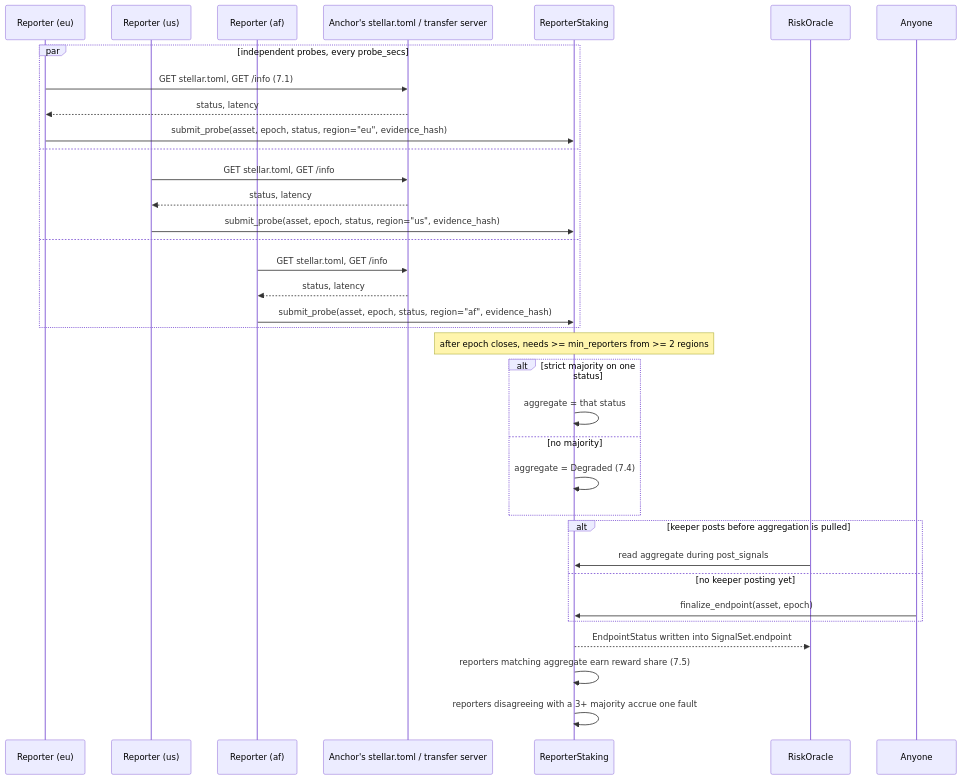
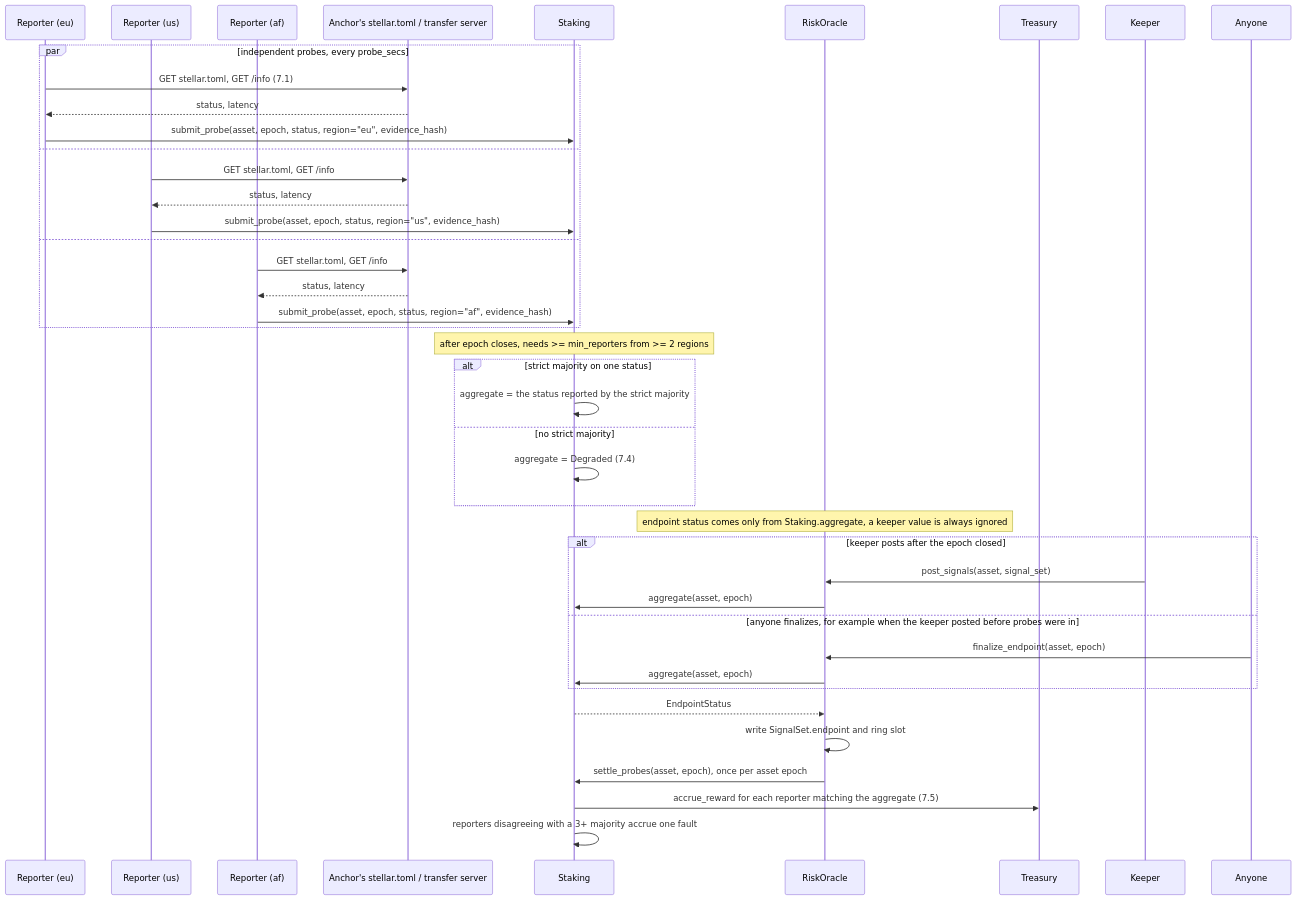
Before and after one commit to Sylox-labs/sylox: the sixth of 14 diagrams in technical-doc.md, drawn with Mermaid. The commit also changed other lines of this file, not shown here.

````diff
--- a/technical-doc.md
+++ b/technical-doc.md
@@ -533,40 +776,46 @@
 ```mermaid
 sequenceDiagram
   participant R1 as Reporter (eu)
   participant R2 as Reporter (us)
   participant R3 as Reporter (af)
   participant Anchor as Anchor's stellar.toml / transfer server
-  participant Staking as ReporterStaking
+  participant Staking
   participant Oracle as RiskOracle
+  participant Treasury
 
   par independent probes, every probe_secs
     R1->>Anchor: GET stellar.toml, GET /info (7.1)
     Anchor-->>R1: status, latency
     R1->>Staking: submit_probe(asset, epoch, status, region="eu", evidence_hash)
   and
     R2->>Anchor: GET stellar.toml, GET /info
     Anchor-->>R2: status, latency
     R2->>Staking: submit_probe(asset, epoch, status, region="us", evidence_hash)
   and
     R3->>Anchor: GET stellar.toml, GET /info
     Anchor-->>R3: status, latency
     R3->>Staking: submit_probe(asset, epoch, status, region="af", evidence_hash)
   end
 
   Note over Staking: after epoch closes, needs >= min_reporters from >= 2 regions
   alt strict majority on one status
-    Staking->>Staking: aggregate = that status
-  else no majority
+    Staking->>Staking: aggregate = the status reported by the strict majority
+  else no strict majority
     Staking->>Staking: aggregate = Degraded (7.4)
   end
 
-  alt keeper posts before aggregation is pulled
-    Oracle->>Staking: read aggregate during post_signals
-  else no keeper posting yet
-    Anyone->>Staking: finalize_endpoint(asset, epoch)
+  Note over Oracle: endpoint status comes only from Staking.aggregate, a keeper value is always ignored
+  alt keeper posts after the epoch closed
+    Keeper->>Oracle: post_signals(asset, signal_set)
+    Oracle->>Staking: aggregate(asset, epoch)
+  else anyone finalizes, for example when the keeper posted before probes were in
+    Anyone->>Oracle: finalize_endpoint(asset, epoch)
+    Oracle->>Staking: aggregate(asset, epoch)
   end
-  Staking-->>Oracle: EndpointStatus written into SignalSet.endpoint
+  Staking-->>Oracle: EndpointStatus
+  Oracle->>Oracle: write SignalSet.endpoint and ring slot
 
-  Staking->>Staking: reporters matching aggregate earn reward share (7.5)
+  Oracle->>Staking: settle_probes(asset, epoch), once per asset epoch
+  Staking->>Treasury: accrue_reward for each reporter matching the aggregate (7.5)
   Staking->>Staking: reporters disagreeing with a 3+ majority accrue one fault
 ```
````
